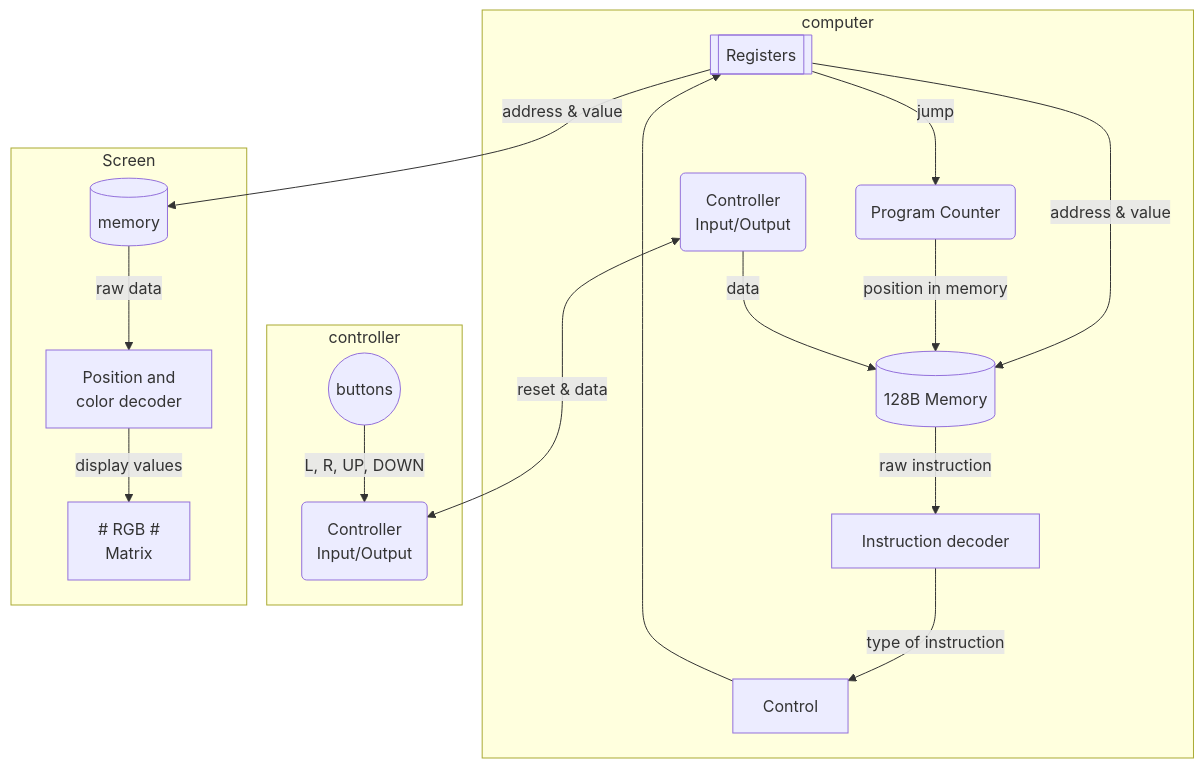
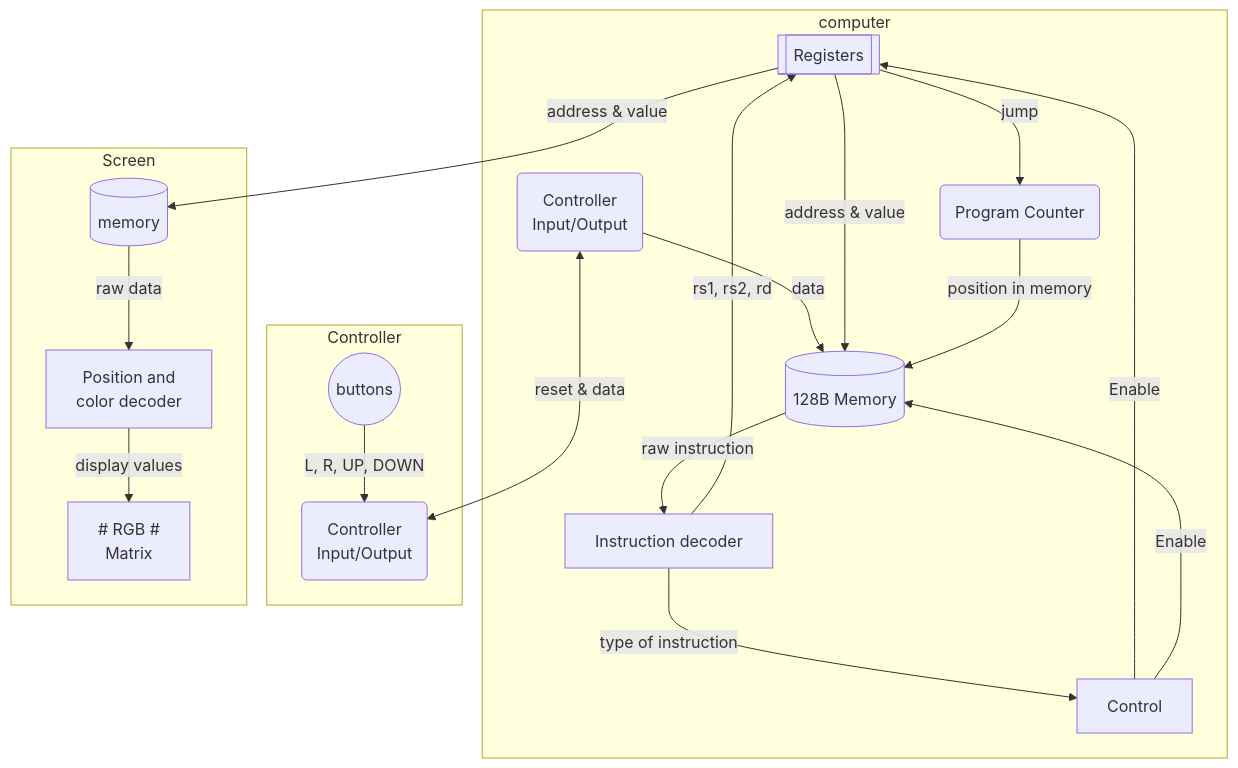
Before and after one commit to StijnVerwoerd/RISC-V-Architecture-implementation-on-Circuitverse: the diagram in README.md, drawn with Mermaid. The commit also changed other lines of this file, not shown here.

````diff
--- a/README.md
+++ b/README.md
@@ -20,44 +20,46 @@
 ```mermaid
 
 graph TD
 
     subgraph computer
     reg[[Registers]]
     mem[(128B Memory)]
     ctr[Control]
     io(Controller 
     Input/Output)
     PC(Program Counter)
     ins[Instruction decoder]
     end
 
-    subgraph controller
+    subgraph Controller
     but((buttons))
     oi(Controller
     Input/Output)
     end
 
     subgraph Screen
     decode[Position and
     color decoder]    
     vmem[(memory)]
     rgb[# RGB #
     Matrix]
     end
 
+    io --data--> mem
     reg -- jump --> PC
-    ctr --> reg
+    ctr -- Enable --> reg
+    ctr -- Enable --> mem
     reg -- address & value --> mem
     mem -- raw instruction --> ins
     ins -- type of instruction --> ctr
+    ins -- rs1, rs2, rd --> reg
     PC -- position in memory --> mem
-    io --data--> mem
 
     io <-- reset & data ---> oi
     but -- L, R, UP, DOWN --> oi
 
     reg -- address & value --> vmem
     vmem -- raw data --> decode -- display values --> rgb
 
 
 ```
````
